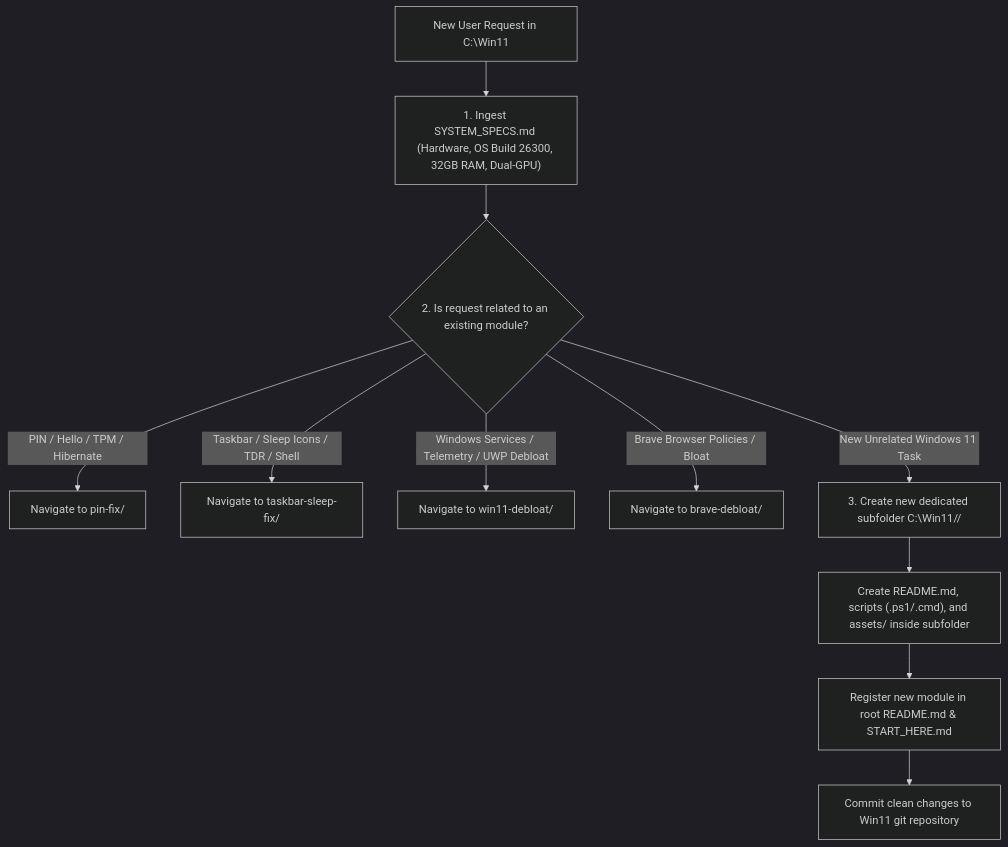
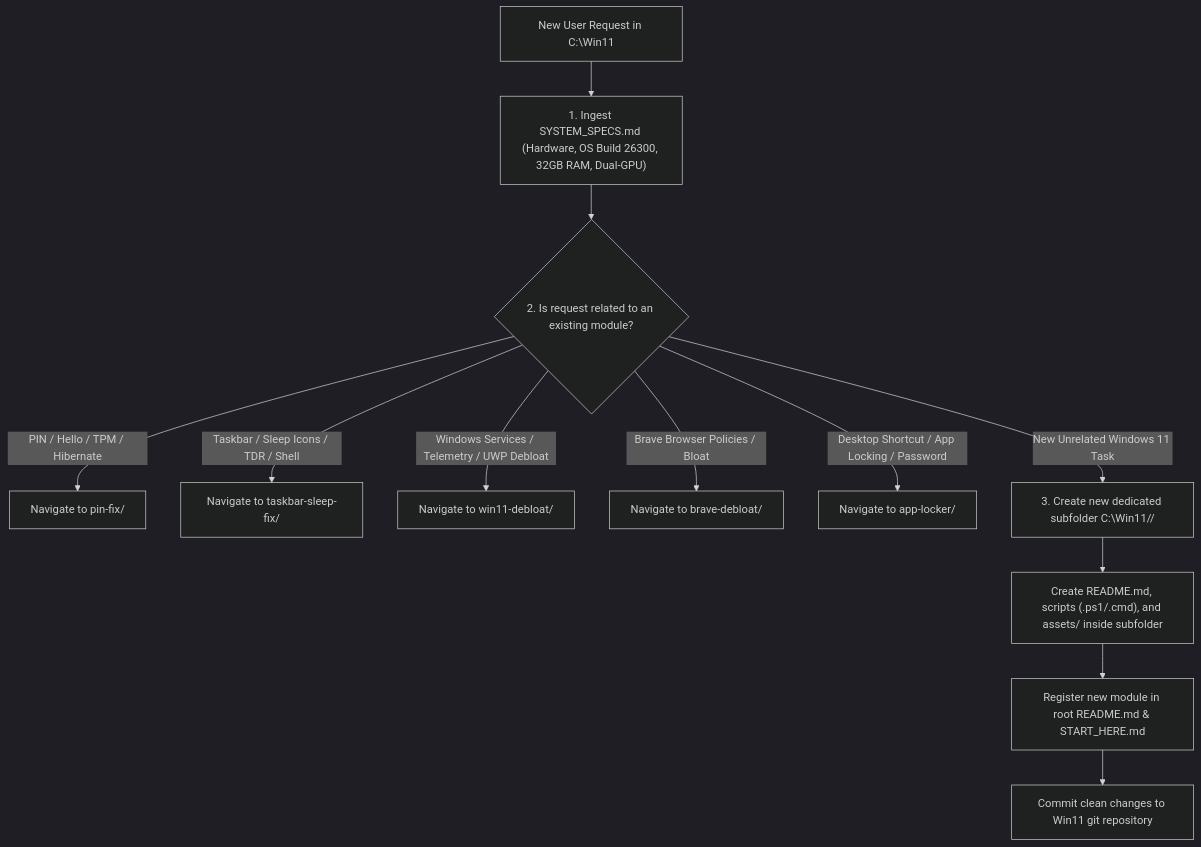
Before and after one commit to nafeestariq567/Win11: the diagram in START_HERE.md, drawn with Mermaid (dark theme). The commit also changed other lines of this file and 13 other files, not shown here.

Commit message:
feat: introduce app-locker module and lock Brave Beta with master password

````diff
--- a/START_HERE.md
+++ b/START_HERE.md
@@ -19,16 +19,17 @@
 ```mermaid
 flowchart TD
     Start["New User Request in C:\Win11"] --> Specs["1. Ingest SYSTEM_SPECS.md (Hardware, OS Build 26300, 32GB RAM, Dual-GPU)"]
     Specs --> Evaluate{"2. Is request related to an existing module?"}
     
     Evaluate -->|"PIN / Hello / TPM / Hibernate"| PinMod["Navigate to pin-fix/"]
     Evaluate -->|"Taskbar / Sleep Icons / TDR / Shell"| TaskbarMod["Navigate to taskbar-sleep-fix/"]
     Evaluate -->|"Windows Services / Telemetry / UWP Debloat"| DebloatMod["Navigate to win11-debloat/"]
     Evaluate -->|"Brave Browser Policies / Bloat"| BraveMod["Navigate to brave-debloat/"]
+    Evaluate -->|"Desktop Shortcut / App Locking / Password"| LockMod["Navigate to app-locker/"]
     
     Evaluate -->|"New Unrelated Windows 11 Task"| NewMod["3. Create new dedicated subfolder C:\Win11/<task-name>/"]
     
     NewMod --> SubStructure["Create README.md, scripts (.ps1/.cmd), and assets/ inside subfolder"]
     SubStructure --> Register["Register new module in root README.md & START_HERE.md"]
     Register --> Commit["Commit clean changes to Win11 git repository"]
 ```
````
